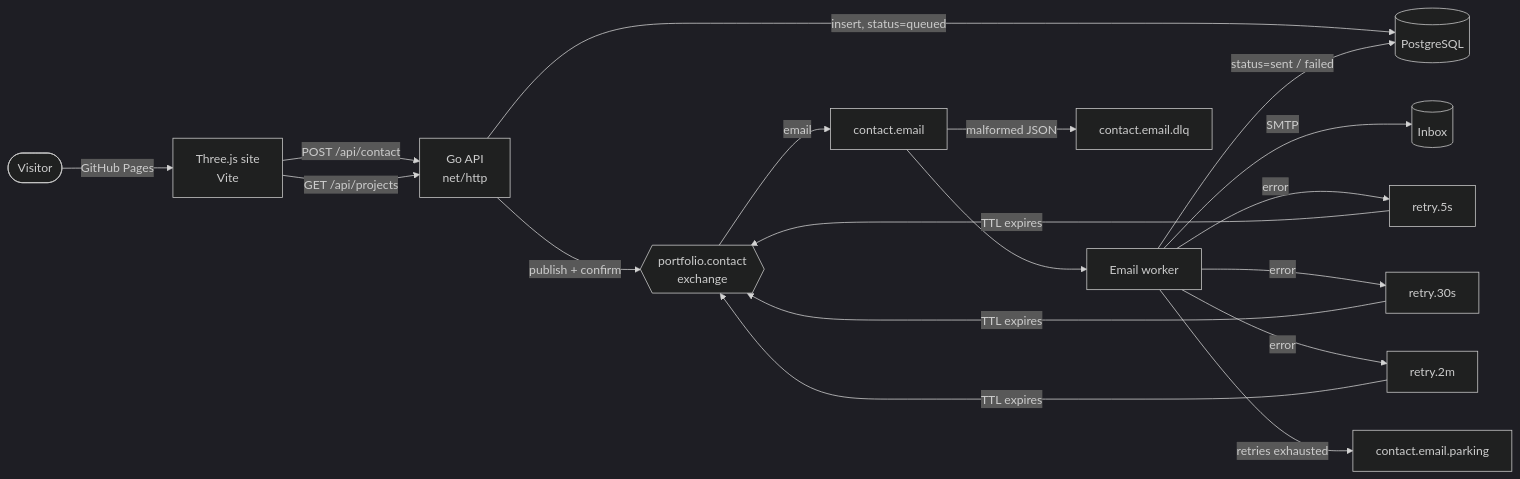
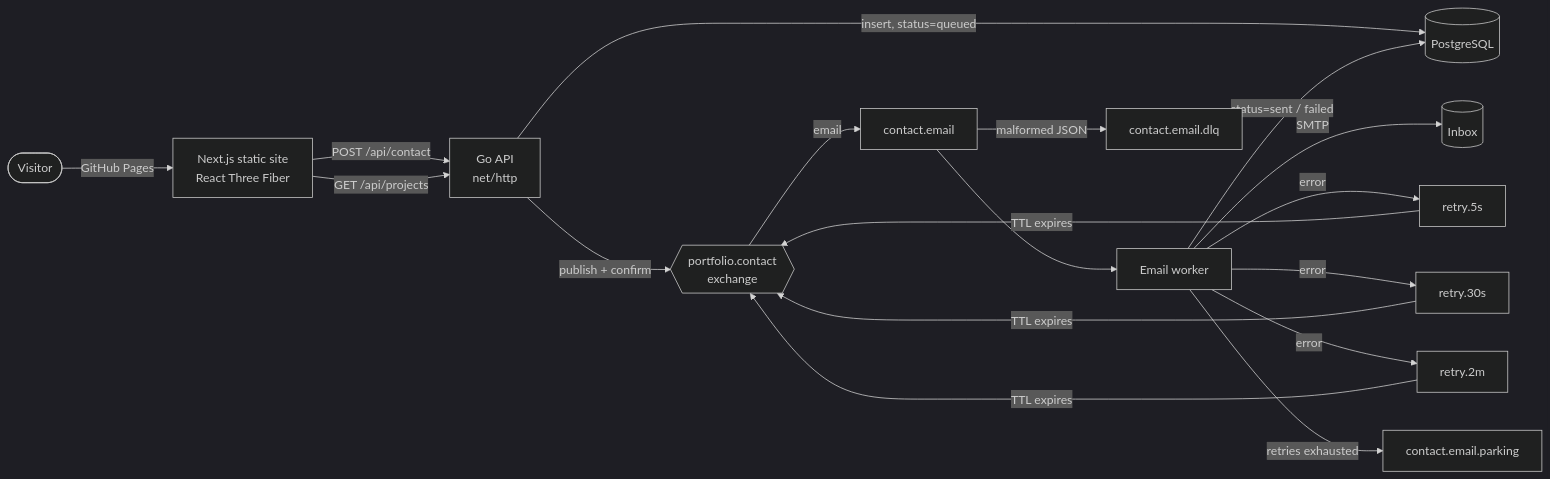
One commit to razi-king/Portfolio changed the diagram in README.md. Above: the diagram before and after it, drawn with Mermaid (dark theme). The commit also changed other lines of this file and 25 other files, not shown here.

First line of the commit message:
Rebuild the frontend in Next.js and React Three Fiber

````diff
--- a/README.md
+++ b/README.md
@@ -20,16 +22,16 @@
 ```mermaid
 flowchart LR
-    V([Visitor]) -->|GitHub Pages| FE[Three.js site<br/>Vite]
+    V([Visitor]) -->|GitHub Pages| FE[Next.js static site<br/>React Three Fiber]
     FE -->|POST /api/contact| API[Go API<br/>net/http]
     FE -->|GET /api/projects| API
     API -->|insert, status=queued| PG[(PostgreSQL)]
     API -->|publish + confirm| EX{{portfolio.contact<br/>exchange}}
     EX -->|email| Q[contact.email]
     Q --> W[Email worker]
     W -->|SMTP| M[(Inbox)]
     W -->|status=sent / failed| PG
     W -->|error| R1[retry.5s] & R2[retry.30s] & R3[retry.2m]
     R1 & R2 & R3 -->|TTL expires| EX
     W -->|retries exhausted| P[contact.email.parking]
     Q -->|malformed JSON| DLQ[contact.email.dlq]
 ```
````
